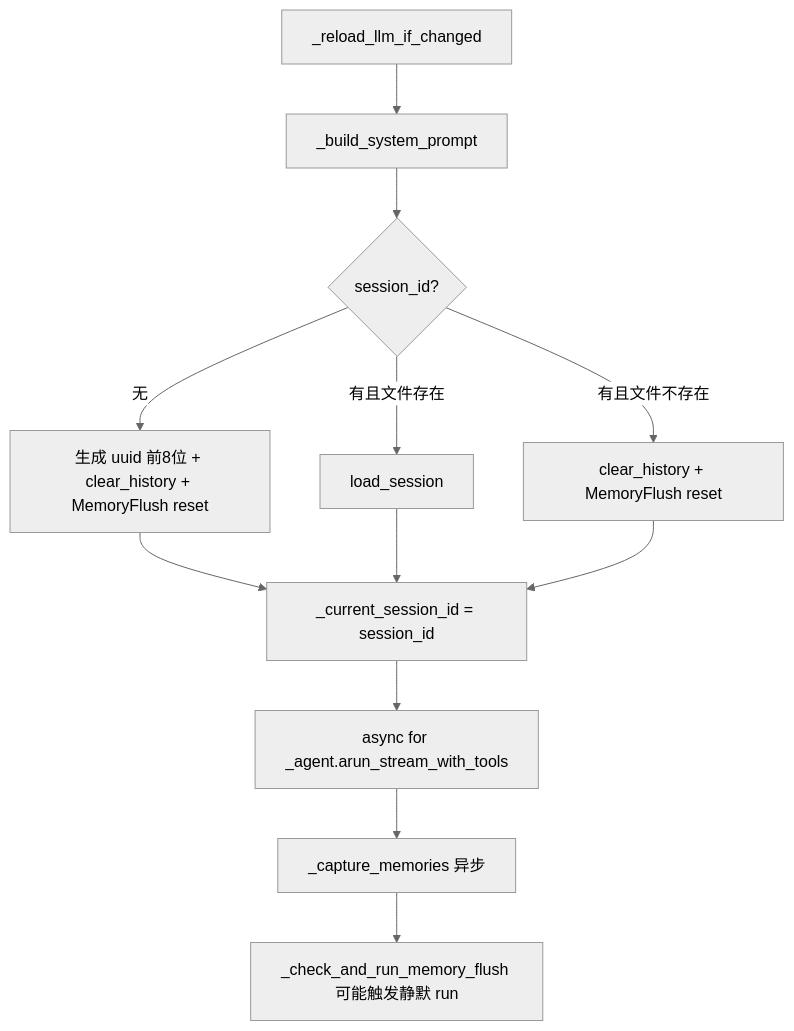
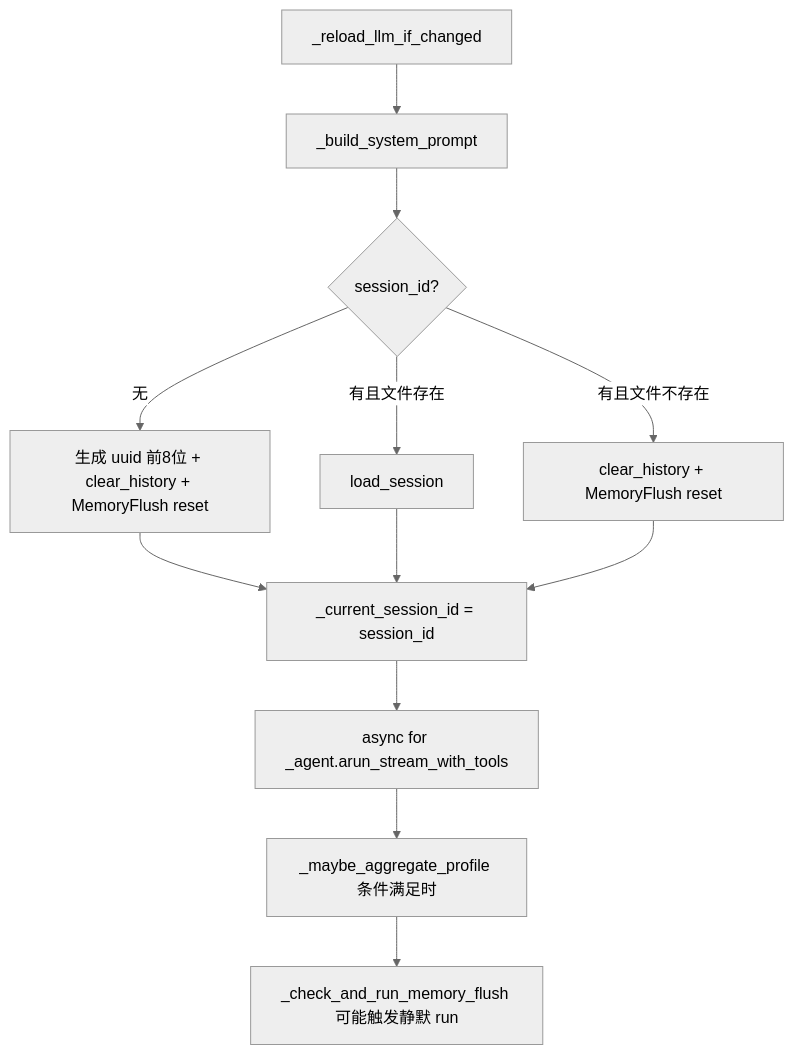
The sixth of 8 diagrams in docs/MyClaw实现详解/MyClaw_workflow分析与说明.md (promisestar/MyClaw), drawn with Mermaid (neutral theme) before and after one commit. The commit also changed other lines of this file and 15 other files, not shown here.

````diff
--- a/docs/MyClaw实现详解/MyClaw_workflow分析与说明.md
+++ b/docs/MyClaw实现详解/MyClaw_workflow分析与说明.md
@@ -162,14 +162,14 @@
 ```mermaid
 flowchart TB
     A1[_reload_llm_if_changed] --> A2[_build_system_prompt]
     A2 --> A3{session_id?}
     A3 -->|无| A4[生成 uuid 前8位 + clear_history + MemoryFlush reset]
     A3 -->|有且文件存在| A5[load_session]
     A3 -->|有且文件不存在| A6[clear_history + MemoryFlush reset]
     A4 --> A7[_current_session_id = session_id]
     A5 --> A7
     A6 --> A7
     A7 --> A8[async for _agent.arun_stream_with_tools]
-    A8 --> A9[_capture_memories 异步]
+    A8 --> A9[_maybe_aggregate_profile 条件满足时]
     A9 --> A10[_check_and_run_memory_flush 可能触发静默 run]
 ```
````
